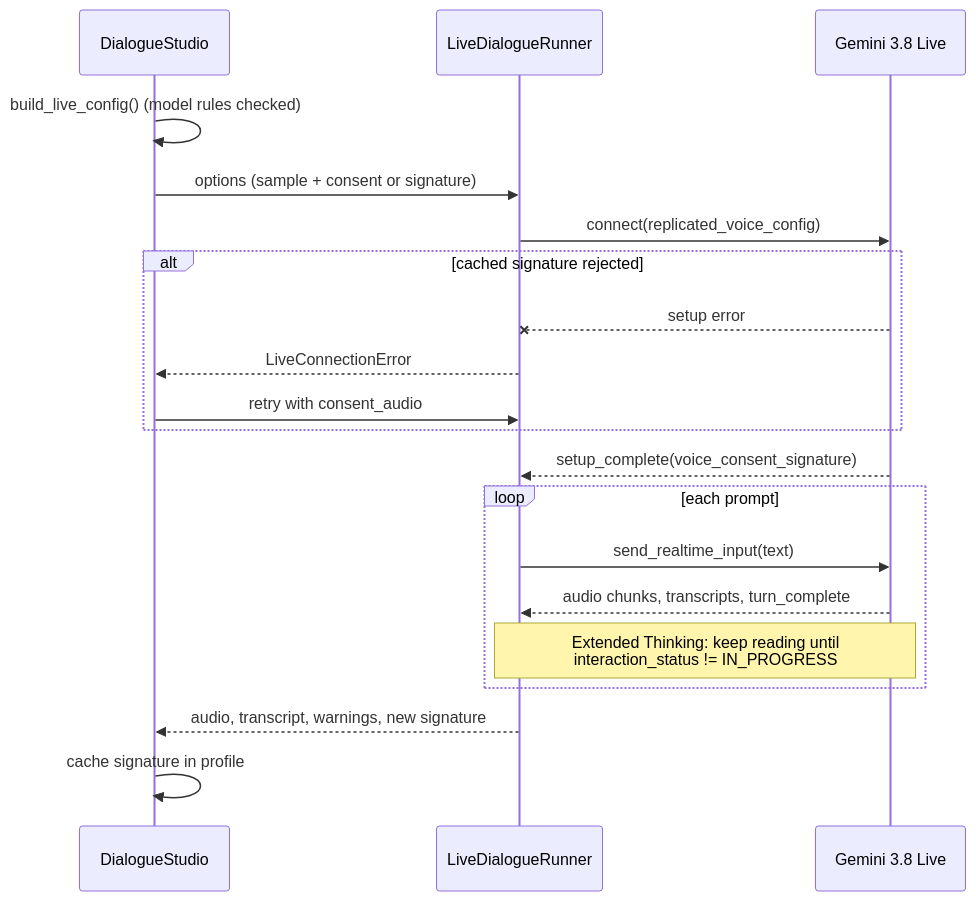
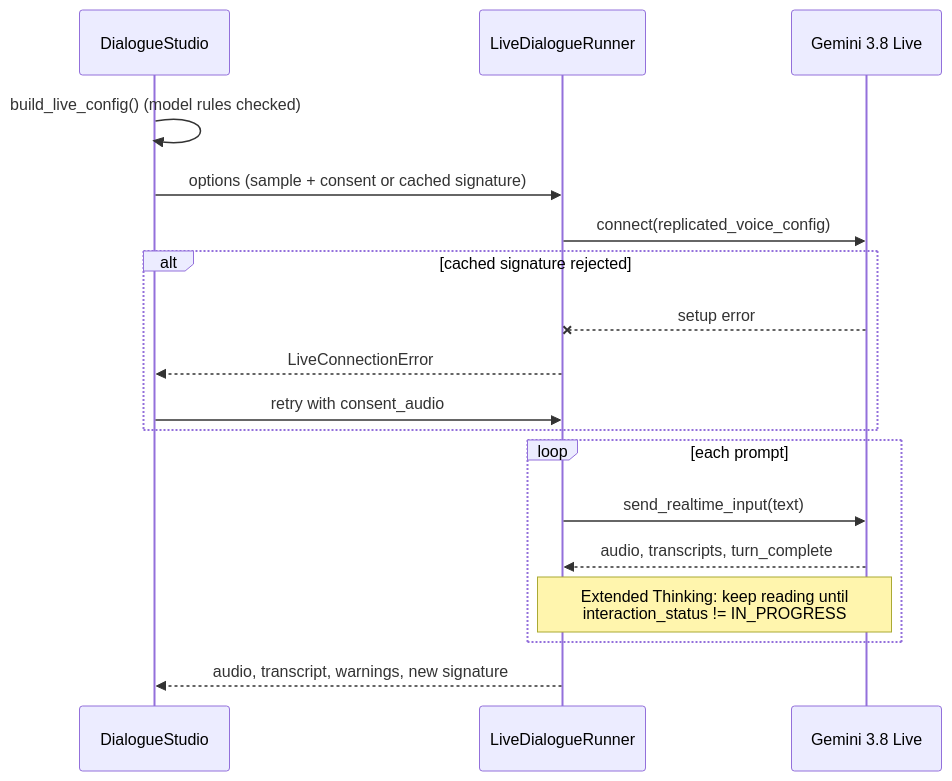
Before and after one commit to EmmanuelRTM/google-voice-creator: the fourth of 4 diagrams in docs/architecture.md, drawn with Mermaid. The commit also changed other lines of this file and 7 other files, not shown here.

````diff
--- a/docs/architecture.md
+++ b/docs/architecture.md
@@ -65,22 +97,20 @@
 ```mermaid
 sequenceDiagram
     participant S as DialogueStudio
     participant R as LiveDialogueRunner
     participant G as Gemini 3.8 Live
     S->>S: build_live_config() (model rules checked)
-    S->>R: options (sample + consent or signature)
+    S->>R: options (sample + consent or cached signature)
     R->>G: connect(replicated_voice_config)
     alt cached signature rejected
         G--xR: setup error
         R-->>S: LiveConnectionError
         S->>R: retry with consent_audio
     end
-    G-->>R: setup_complete(voice_consent_signature)
     loop each prompt
         R->>G: send_realtime_input(text)
-        G-->>R: audio chunks, transcripts, turn_complete
+        G-->>R: audio, transcripts, turn_complete
         Note over R,G: Extended Thinking: keep reading until<br/>interaction_status != IN_PROGRESS
     end
     R-->>S: audio, transcript, warnings, new signature
-    S->>S: cache signature in profile
 ```
````
